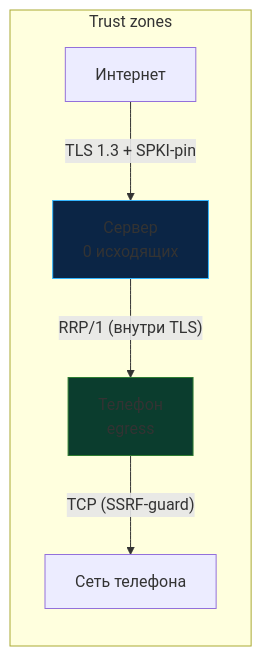
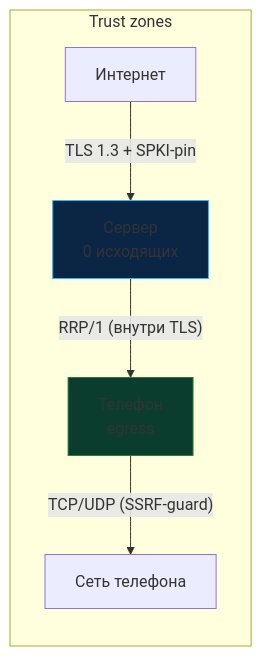
The second of 2 diagrams in README.md (stelgen/reverseray), drawn with Mermaid before and after one commit. The commit also changed other lines of this file and 4 other files, not shown here.

````diff
--- a/README.md
+++ b/README.md
@@ -158,12 +158,12 @@
 ```mermaid
 flowchart LR
     subgraph Trust zones
         W[Интернет] -- TLS 1.3 + SPKI-pin --> S
         S -- "RRP/1 (внутри TLS)" --> P
-        P -- "TCP (SSRF-guard)" --> N[Сеть телефона]
+        P -- "TCP/UDP (SSRF-guard)" --> N[Сеть телефона]
     end
     S[Сервер<br/>0 исходящих]:::server
     P[Телефон<br/>egress]:::phone
     classDef server fill:#0b2545,stroke:#35B6FF
     classDef phone fill:#0b3d2e,stroke:#2E7D32
 ```
````
